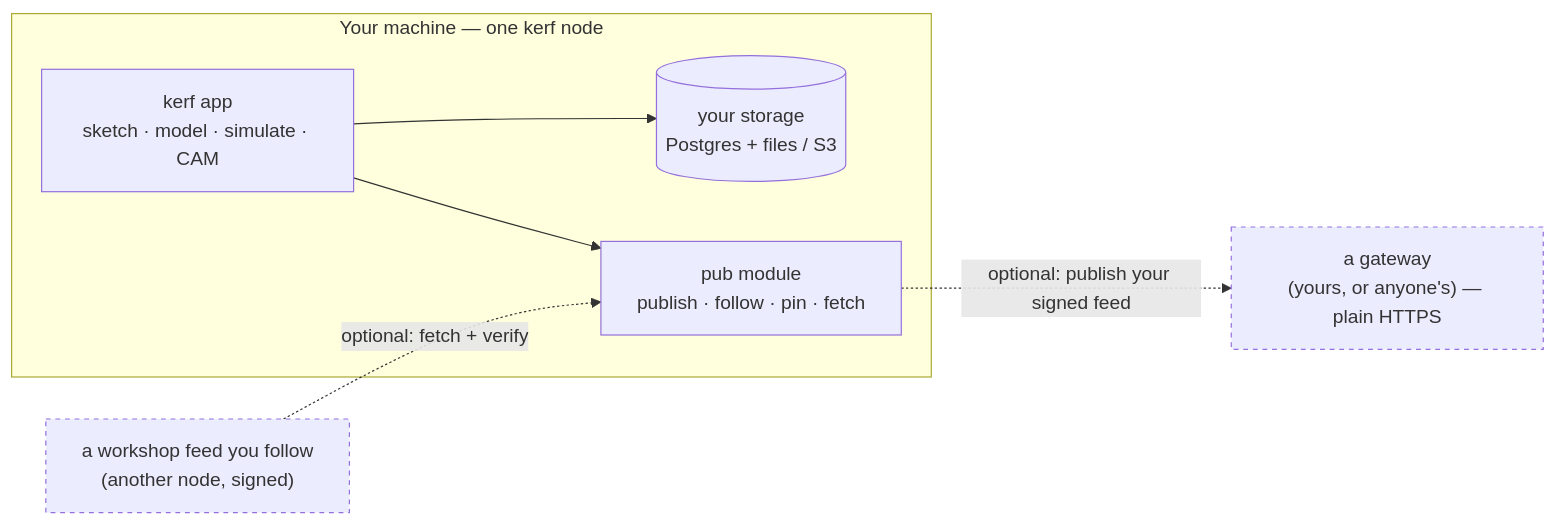
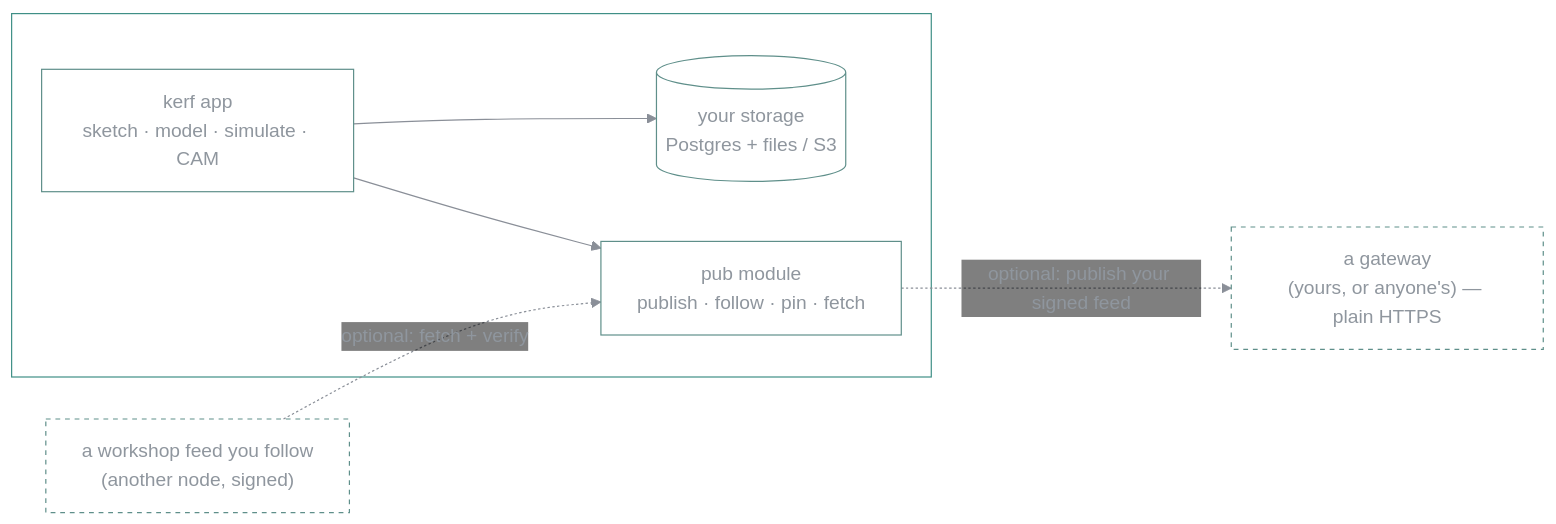
Before and after one commit to vul-os/kerf: the diagram in README.md, drawn with Mermaid.

Commit message:
readme: theme the mermaid diagrams to match the Vulos landing
Adds a base-theme init to each diagram — transparent node cards with a teal
accent border, mono type, teal edges — so the README diagrams read as one family
with vulos.org, on both GitHub light and dark.

Claude-Session: https://claude.ai/code/session_01Xhu25SUAUienj9Tf38vyVm

````diff
--- a/README.md
+++ b/README.md
@@ -169,15 +169,16 @@
 ```mermaid
+%%{init: {'theme':'base','themeVariables':{'fontFamily':'ui-monospace, SFMono-Regular, Menlo, monospace','primaryColor':'transparent','primaryBorderColor':'#14b8a6','primaryTextColor':'#8f969e','lineColor':'#8a8f98','nodeBorder':'#5f8f8a','edgeLabelBackground':'transparent','clusterBorder':'#3f8f86','clusterBkg':'transparent'}}}%%
 flowchart LR
   subgraph Node["Your machine — one kerf node"]
     App["kerf app<br/>sketch · model · simulate · CAM"]
     Store[("your storage<br/>Postgres + files / S3")]
     Pub["pub module<br/>publish · follow · pin · fetch"]
     App --> Store
     App --> Pub
   end
   Pub -. "optional: publish your signed feed" .-> GW["a gateway<br/>(yours, or anyone's) — plain HTTPS"]
   Feed["a workshop feed you follow<br/>(another node, signed)"] -. "optional: fetch + verify" .-> Pub
 
   classDef optional stroke-dasharray: 4 4;
   class GW,Feed optional;
 ```
````
